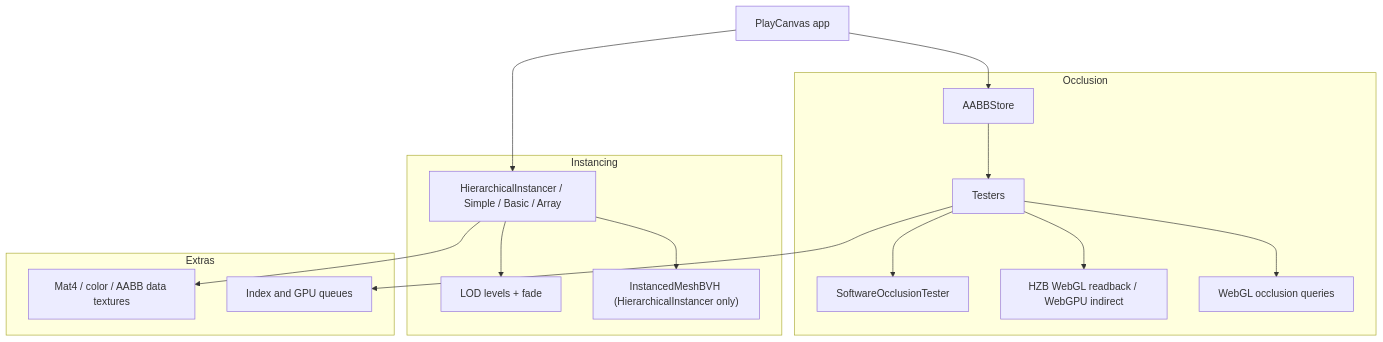
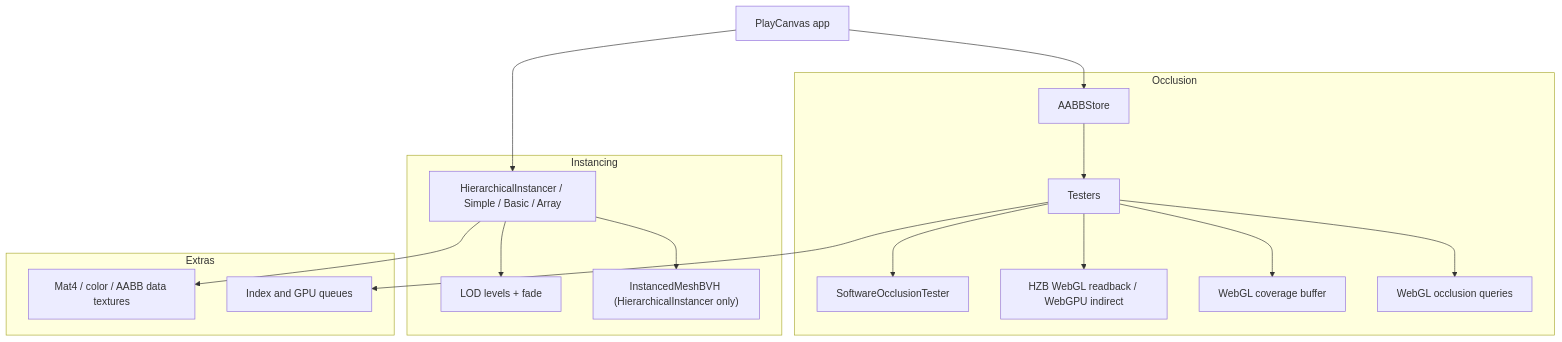
Before and after one commit to AlexAPPi/playcanvas-opti-pixel: the first of 2 diagrams in docs/architecture.md, drawn with Mermaid. The commit also changed other lines of this file and 14 other files, not shown here.

````diff
--- a/docs/architecture.md
+++ b/docs/architecture.md
@@ -5,31 +5,32 @@
 ```mermaid
 flowchart TB
     app["PlayCanvas app"]
 
     subgraph instancing [Instancing]
         instancer["HierarchicalInstancer / Simple / Basic / Array"]
         lod["LOD levels + fade"]
         bvhInst["InstancedMeshBVH (HierarchicalInstancer only)"]
         instancer --> lod
         instancer --> bvhInst
     end
 
     subgraph occlusion [Occlusion]
         store["AABBStore"]
         testers["Testers"]
         store --> testers
         testers --> sw["SoftwareOcclusionTester"]
         testers --> hzb["HZB WebGL readback / WebGPU indirect"]
+        testers --> coverage["WebGL coverage buffer"]
         testers --> queries["WebGL occlusion queries"]
     end
 
     subgraph extras [Extras]
         tex["Mat4 / color / AABB data textures"]
         queues["Index and GPU queues"]
     end
 
     app --> instancer
     app --> store
     instancer --> tex
     testers --> queues
 ```
````
